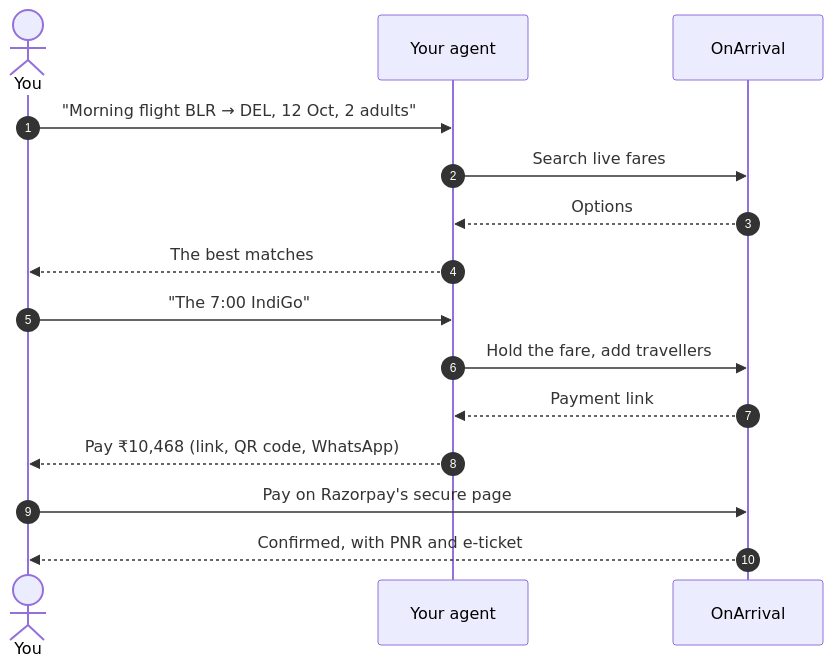
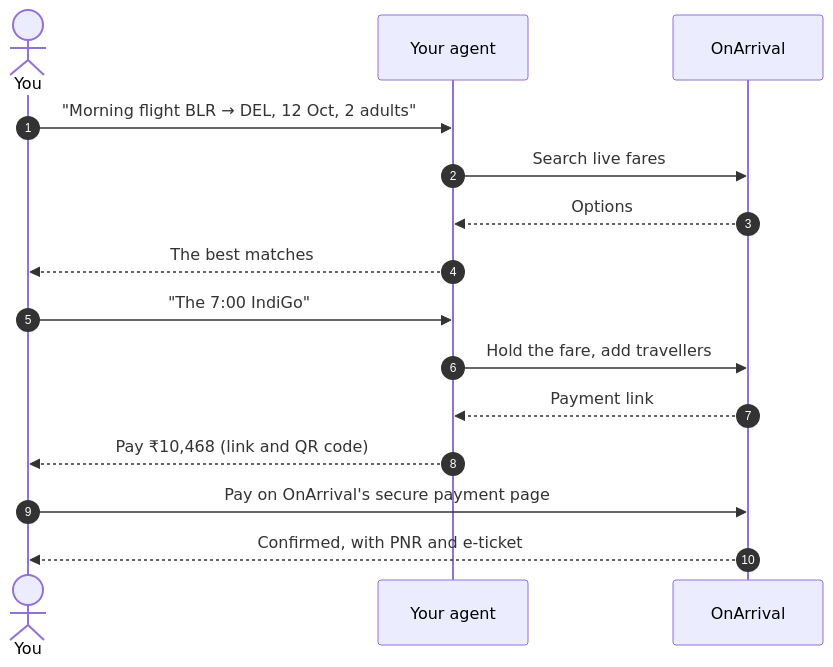
The diagram in README.md (OnArrival/agent-plugins), drawn with Mermaid before and after one commit. The commit also changed other lines of this file and 16 other files, not shown here.

````diff
--- a/README.md
+++ b/README.md
@@ -60,17 +67,17 @@
 ```mermaid
 sequenceDiagram
     autonumber
     actor You
     participant Agent as Your agent
     participant OA as OnArrival
     You->>Agent: "Morning flight BLR → DEL, 12 Oct, 2 adults"
     Agent->>OA: Search live fares
     OA-->>Agent: Options
     Agent-->>You: The best matches
     You->>Agent: "The 7:00 IndiGo"
     Agent->>OA: Hold the fare, add travellers
     OA-->>Agent: Payment link
-    Agent-->>You: Pay ₹10,468 (link, QR code, WhatsApp)
-    You->>OA: Pay on Razorpay's secure page
+    Agent-->>You: Pay ₹10,468 (link and QR code)
+    You->>OA: Pay on OnArrival's secure payment page
     OA-->>You: Confirmed, with PNR and e-ticket
 ```
````
